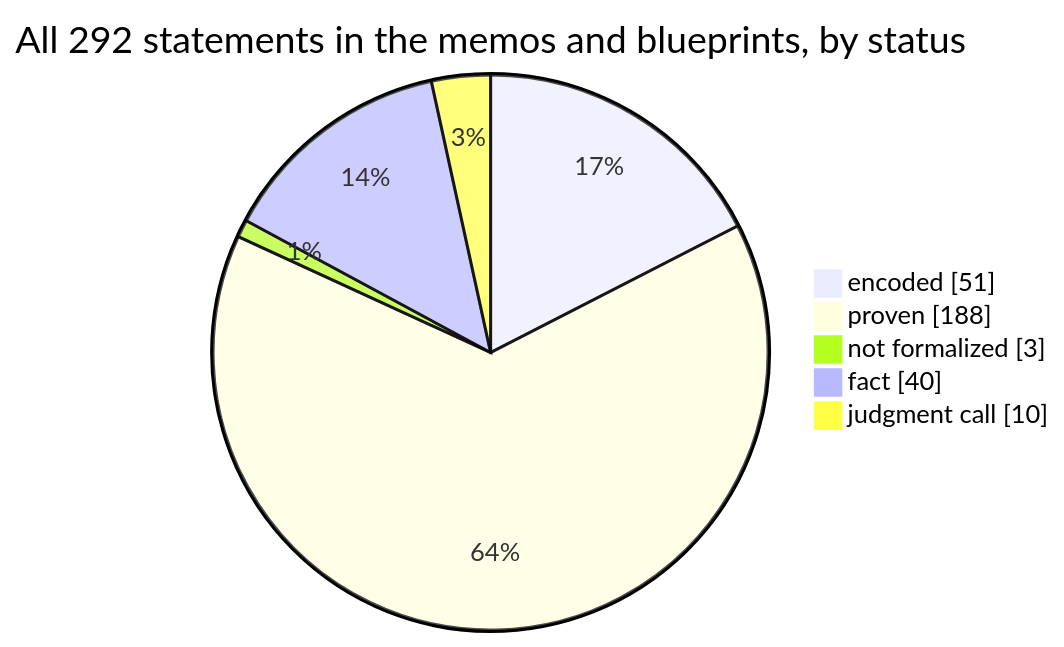
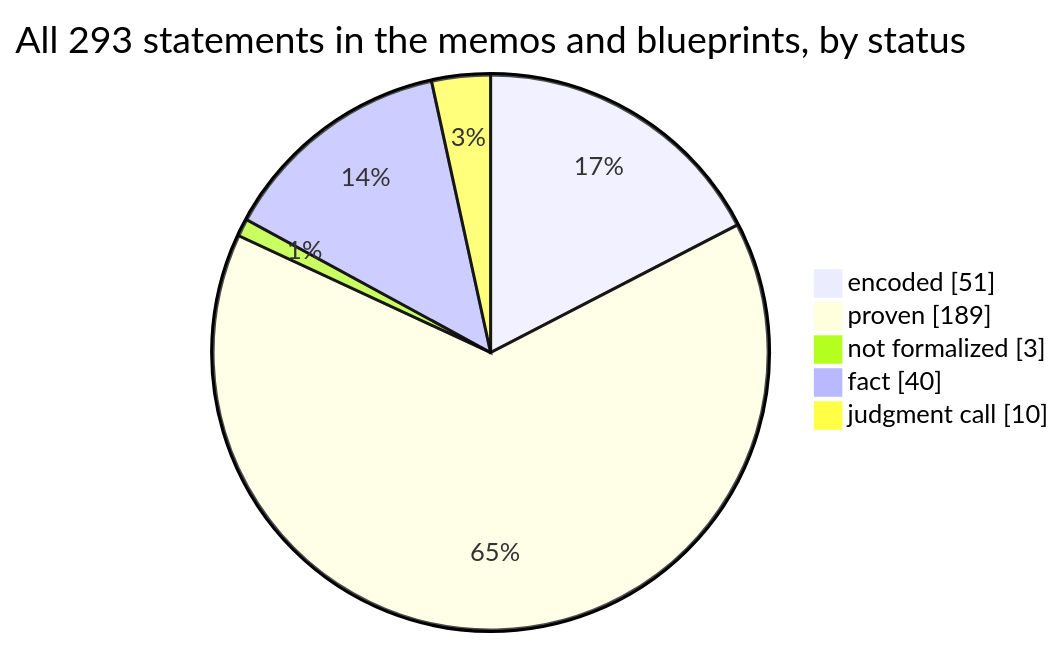
The first of 4 diagrams in docs/graphs/dashboard.md (SeanWMurray/Canteen), drawn with Mermaid before and after one commit. The commit also changed other lines of this file and 24 other files, not shown here.

````diff
--- a/docs/graphs/dashboard.md
+++ b/docs/graphs/dashboard.md
@@ -11,8 +11,8 @@
 ```mermaid
-pie showData title All 292 statements in the memos and blueprints, by status
+pie showData title All 293 statements in the memos and blueprints, by status
     "encoded" : 51
-    "proven" : 188
+    "proven" : 189
     "not formalized" : 3
     "fact" : 40
     "judgment call" : 10
 ```
````
